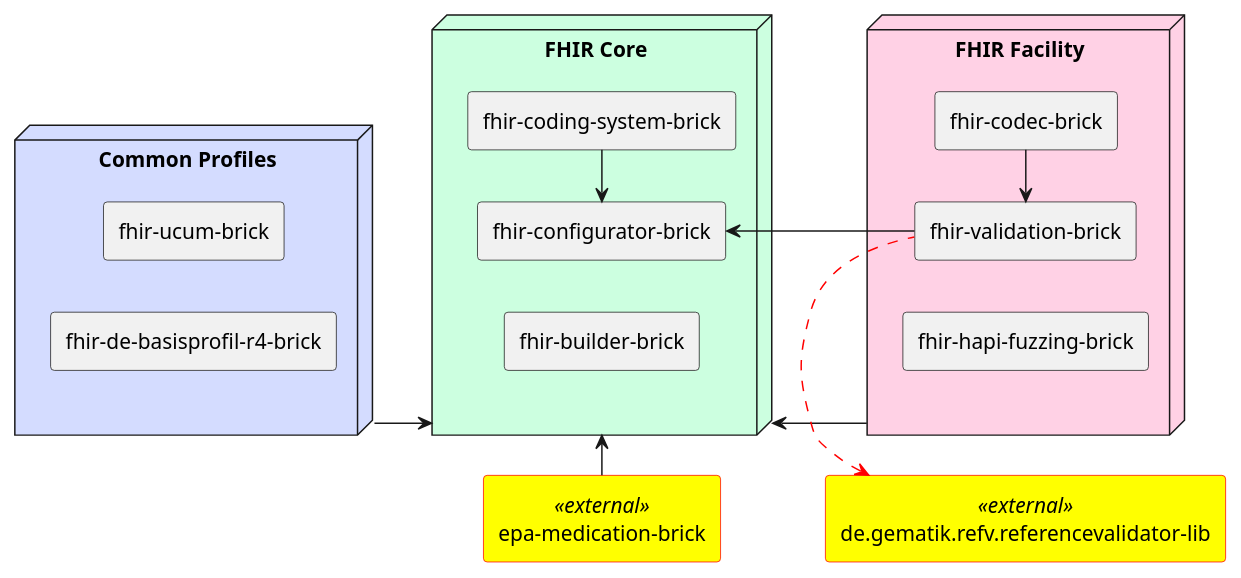
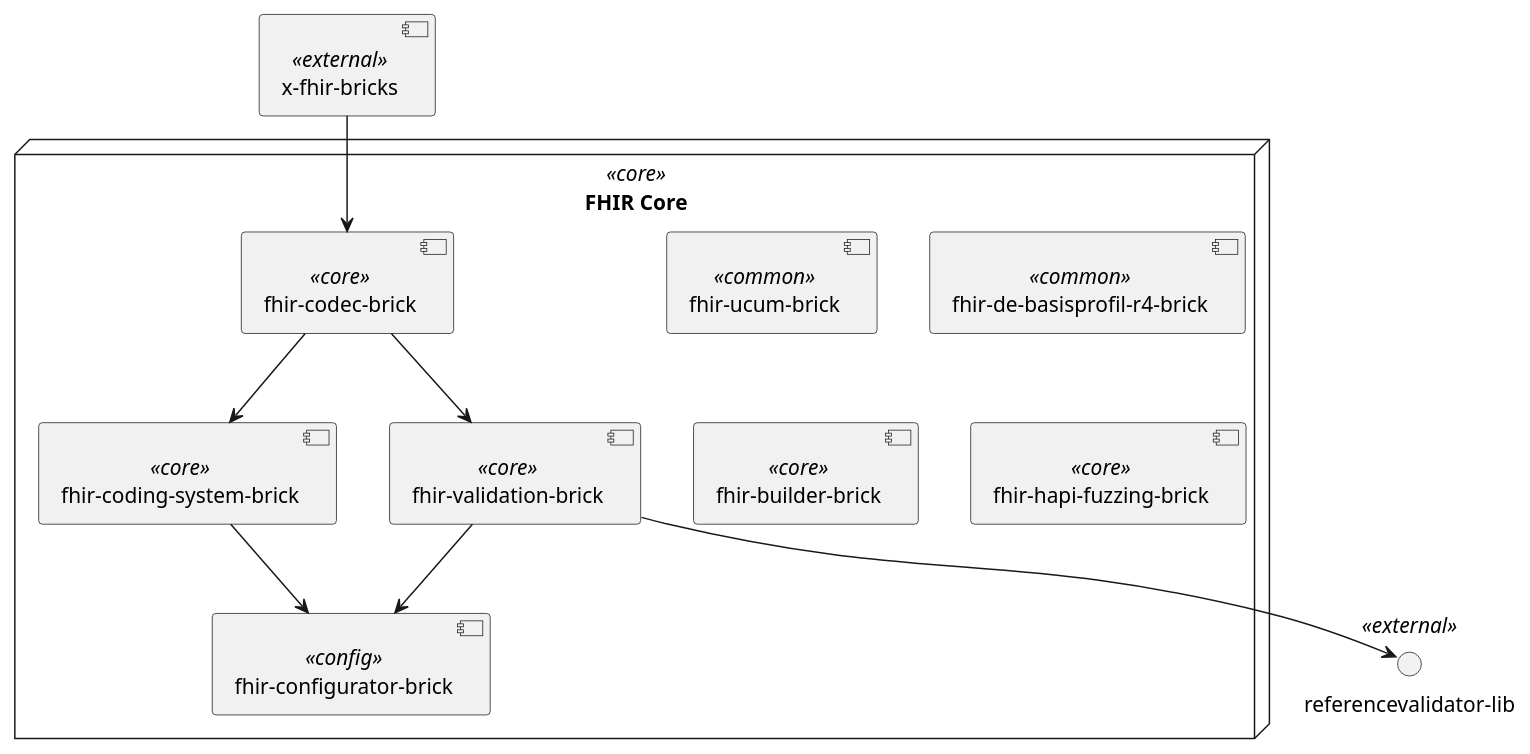
One commit to gematik/lib-bbriccs changed the diagram in adocs/plantuml/fhir-bricks.puml. Above: the diagram before and after it, drawn with PlantUML. The commit also changed 927 other files, not shown here.

```diff
--- a/adocs/plantuml/fhir-bricks.puml
+++ b/adocs/plantuml/fhir-bricks.puml
@@ -1,39 +1,23 @@
 @startuml
-skinparam componentStyle rectangle
-left to right direction
+() "referencevalidator-lib" <<external>>
+[x-fhir-bricks] <<external>>
 
-skinparam component {
-    BackgroundColor<<external>> Yellow
-    BorderColor<<external>> Red
+node "FHIR Core" <<core>> {
+    [fhir-ucum-brick] <<common>>
+    [fhir-de-basisprofil-r4-brick] <<common>>
+    [fhir-builder-brick] <<core>>
+    [fhir-hapi-fuzzing-brick] <<core>>
+    [fhir-configurator-brick] <<config>>
+    [fhir-coding-system-brick] <<core>>
+    [fhir-codec-brick] <<core>>
+    [fhir-validation-brick] <<core>>
+
+    [fhir-coding-system-brick] --> [fhir-configurator-brick] <<use>>
+    [fhir-validation-brick] --> [fhir-configurator-brick] <<use>>
+    [fhir-codec-brick] --> [fhir-validation-brick] <<use>>
+    [fhir-codec-brick] --> [fhir-coding-system-brick] <<use>>
+    [fhir-validation-brick] --> "referencevalidator-lib" <<decorate>>
+
+    [x-fhir-bricks] --> [fhir-codec-brick] <<use>>
 }
-
-node "Common Profiles" #D4DCFF {
-    [fhir-ucum-brick]
-    [fhir-de-basisprofil-r4-brick]
-}
-
-[epa-medication-brick] <<external>>
-
-node "FHIR Facility" #FFD1E5 {
-    [fhir-validation-brick]
-    [fhir-codec-brick]
-    [fhir-hapi-fuzzing-brick]
-}
-
-node "FHIR Core" #CCFFE0 {
-    [fhir-configurator-brick]
-    [fhir-coding-system-brick]
-    [fhir-builder-brick]
-}
-
-[de.gematik.refv.referencevalidator-lib] <<external>>
-
-[FHIR Facility] -up-> [FHIR Core]
-[Common Profiles] -down-> [FHIR Core]
-[epa-medication-brick] -right-> [FHIR Core]
-
-[fhir-codec-brick] -left-> [fhir-validation-brick]
-[fhir-coding-system-brick] -left-> [fhir-configurator-brick]
-[fhir-validation-brick] -[#red,dashed]left-> [de.gematik.refv.referencevalidator-lib]
-[fhir-validation-brick] -left-> [fhir-configurator-brick]
 @enduml
```
